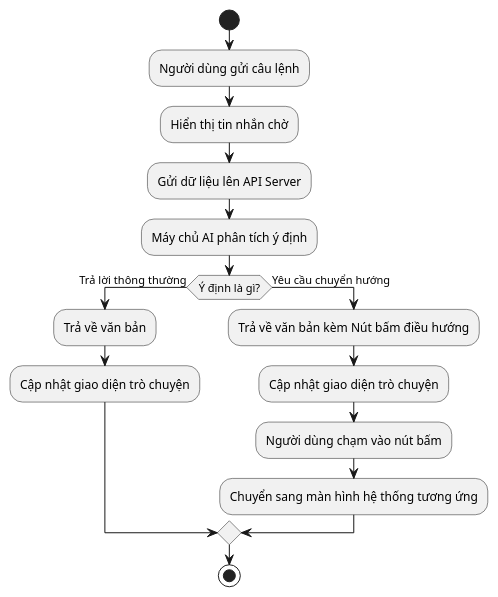
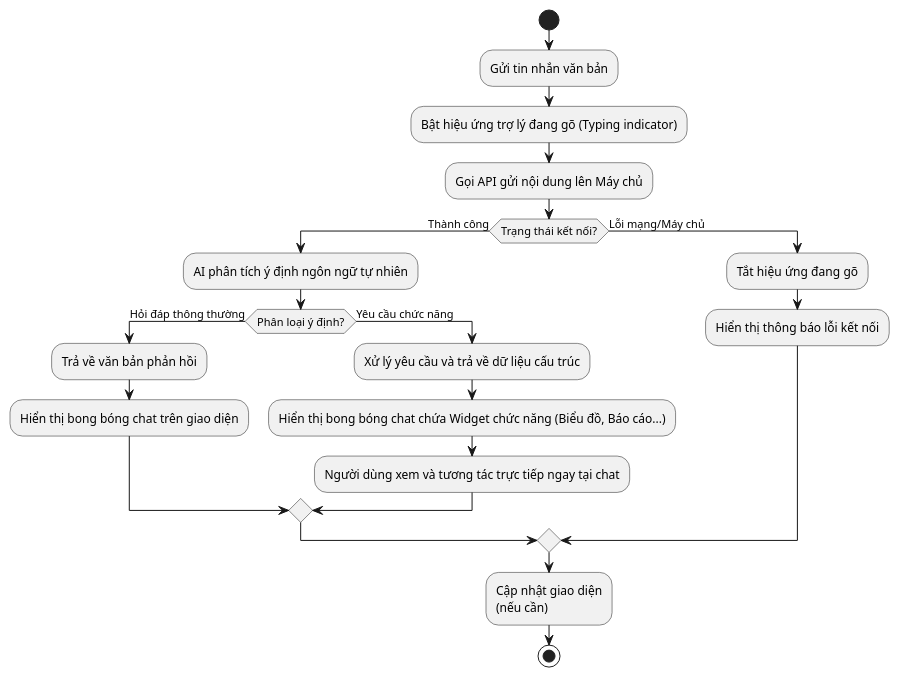
Before and after one commit to maikhang160504/spending-diary: diagram 11 of 28 in Luan_van_Hoan_chinh.md, drawn with PlantUML. The commit also changed other lines of this file and 72 other files, not shown here.

````diff
--- a/Luan_van_Hoan_chinh.md
+++ b/Luan_van_Hoan_chinh.md
@@ -901,19 +965,24 @@
 ```plantuml
 @startuml
 start
-:Người dùng gửi câu lệnh;
-:Hiển thị tin nhắn chờ;
-:Gửi dữ liệu lên API Server;
-:Máy chủ AI phân tích ý định;
-if (Ý định là gì?) then (Trả lời thông thường)
-  :Trả về văn bản;
-  :Cập nhật giao diện trò chuyện;
-else (Yêu cầu chuyển hướng)
-  :Trả về văn bản kèm Nút bấm điều hướng;
-  :Cập nhật giao diện trò chuyện;
-  :Người dùng chạm vào nút bấm;
-  :Chuyển sang màn hình hệ thống tương ứng;
+:Gửi tin nhắn văn bản;
+:Bật hiệu ứng trợ lý đang gõ (Typing indicator);
+:Gọi API gửi nội dung lên Máy chủ;
+if (Trạng thái kết nối?) then (Thành công)
+  :AI phân tích ý định ngôn ngữ tự nhiên;
+  if (Phân loại ý định?) then (Hỏi đáp thông thường)
+    :Trả về văn bản phản hồi;
+    :Hiển thị bong bóng chat trên giao diện;
+  else (Yêu cầu chức năng)
+    :Xử lý yêu cầu và trả về dữ liệu cấu trúc;
+    :Hiển thị bong bóng chat chứa Widget chức năng (Biểu đồ, Báo cáo...);
+    :Người dùng xem và tương tác trực tiếp ngay tại chat;
+  endif
+else (Lỗi mạng/Máy chủ)
+  :Tắt hiệu ứng đang gõ;
+  :Hiển thị thông báo lỗi kết nối;
 endif
+:Cập nhật giao diện\n(nếu cần);
 stop
 @enduml
 ```
````
